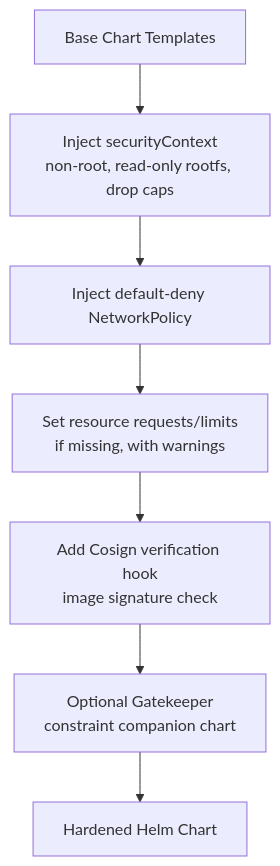
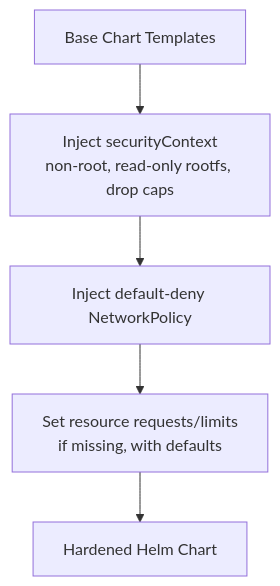
Before and after one commit to KADHIRAVANEG/Helmify: the second of 2 diagrams in README.md, drawn with Mermaid. The commit also changed other lines of this file, not shown here.

Commit message:
docs: v1.0 README covering all input modes and roadmap

````diff
--- a/README.md
+++ b/README.md
@@ -47,9 +69,7 @@
 ```mermaid
 flowchart TD
     A[Base Chart Templates] --> B[Inject securityContext\nnon-root, read-only rootfs, drop caps]
     B --> C[Inject default-deny NetworkPolicy]
-    C --> D[Set resource requests/limits\nif missing, with warnings]
-    D --> E[Add Cosign verification hook\nimage signature check]
-    E --> F[Optional Gatekeeper\nconstraint companion chart]
-    F --> G[Hardened Helm Chart]
+    C --> D[Set resource requests/limits\nif missing, with defaults]
+    D --> E[Hardened Helm Chart]
 ```
````
